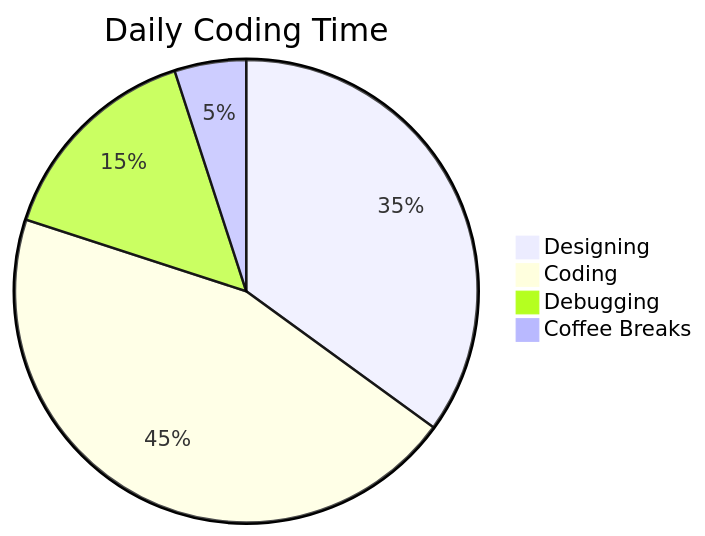
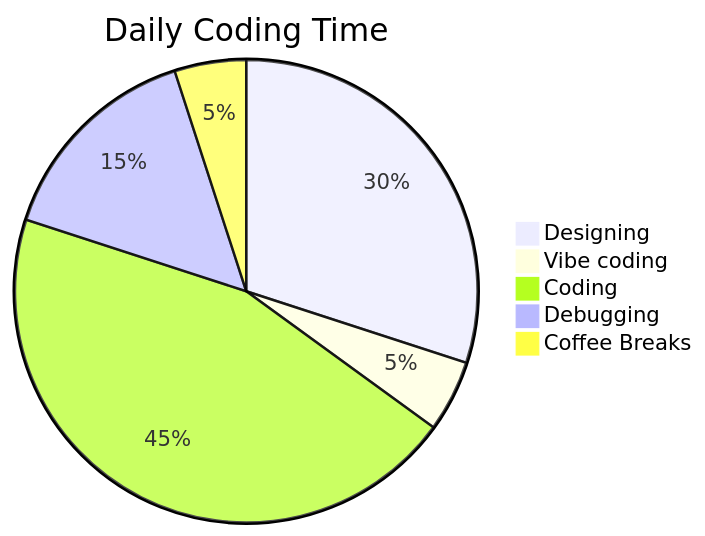
Before and after one commit to IamAdedo/IamAdedo: the diagram in README.md, drawn with Mermaid. The commit also changed other lines of this file, not shown here.

````diff
--- a/README.md
+++ b/README.md
@@ -176,8 +176,9 @@
 ```mermaid
 pie
     title Daily Coding Time
-    "Designing" : 35
+    "Designing" : 30
+    "Vibe coding" : 5
     "Coding" : 45
     "Debugging" : 15
     "Coffee Breaks" : 5
 ```
````
